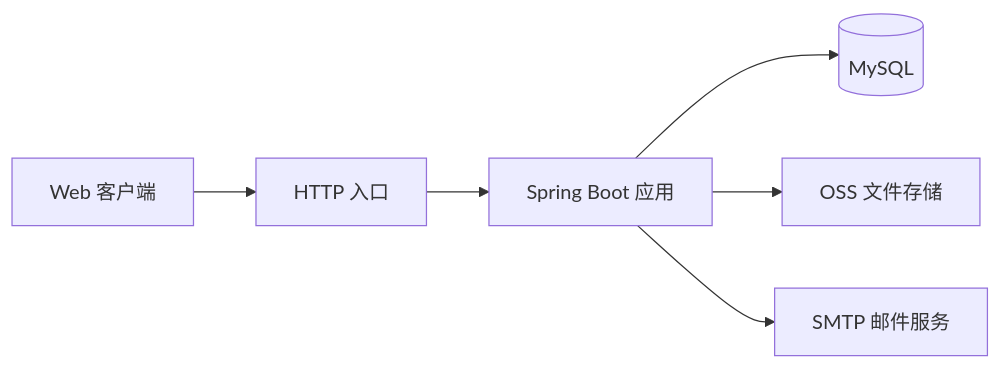
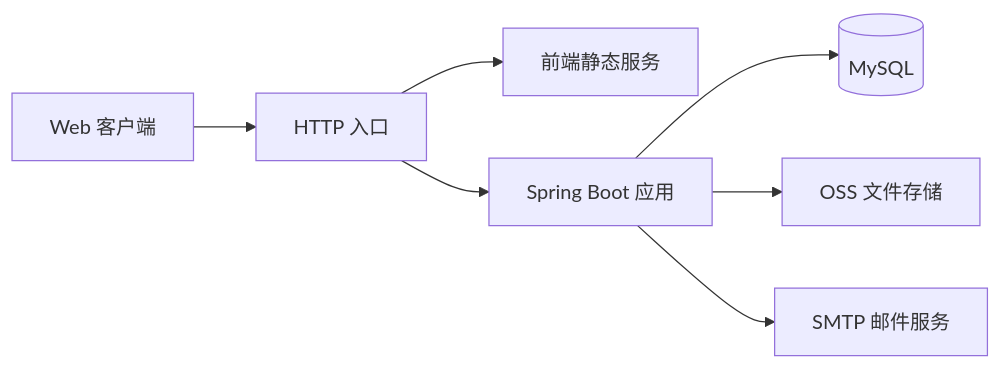
The first of 4 diagrams in docs/architecture.md (X-Immortal/CampusBridge), drawn with Mermaid before and after one commit. The commit also changed other lines of this file and 33 other files, not shown here.

````diff
--- a/docs/architecture.md
+++ b/docs/architecture.md
@@ -26,13 +26,16 @@
 ```mermaid
 flowchart LR
     Browser["Web 客户端"]
     Entry["HTTP 入口"]
+    Static["前端静态服务"]
     App["Spring Boot 应用"]
     DB[("MySQL")]
     OSS["OSS 文件存储"]
     SMTP["SMTP 邮件服务"]
-    Browser --> Entry --> App
+    Browser --> Entry
+    Entry --> Static
+    Entry --> App
     App --> DB
     App --> OSS
     App --> SMTP
 ```
````
